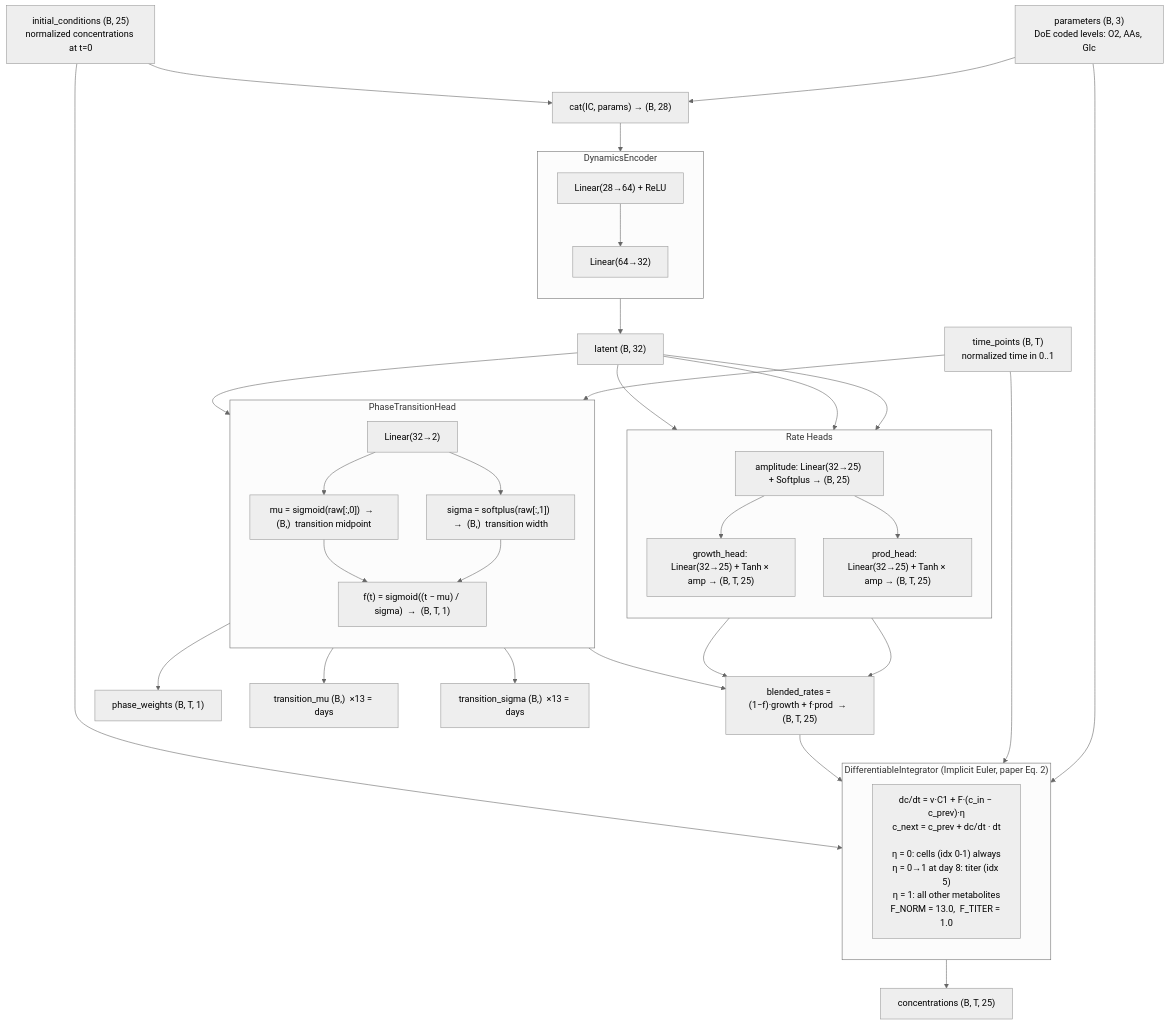
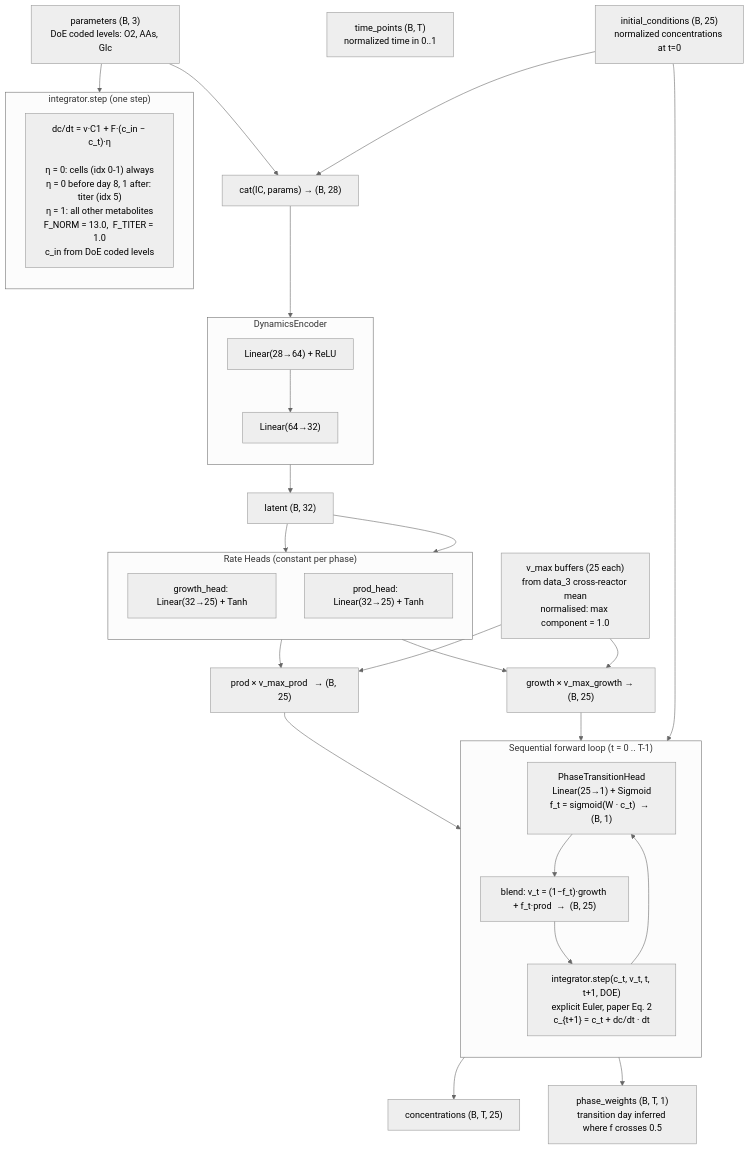
One commit to nevecallaway/COSMIC-dFBA-nn changed the diagram in README.md. Above: the diagram before and after it, drawn with Mermaid (neutral theme). The commit also changed other lines of this file and 1 other file, not shown here.

Commit message:
update model architecture

````diff
--- a/README.md
+++ b/README.md
@@ -70,51 +74,46 @@
 ```mermaid
 flowchart TD
     IC["initial_conditions (B, 25)\nnormalized concentrations at t=0"]
     TP["time_points (B, T)\nnormalized time in 0..1"]
     DOE["parameters (B, 3)\nDoE coded levels: O2, AAs, Glc"]
+    VM["v_max buffers (25 each)\nfrom data_3 cross-reactor mean\nnormalised: max component = 1.0"]
 
     IC & DOE --> CAT["cat(IC, params) → (B, 28)"]
 
     subgraph ENC["DynamicsEncoder"]
         direction TB
         E1["Linear(28→64) + ReLU"]
         E2["Linear(64→32)"]
         E1 --> E2
     end
     CAT --> E1
     E2 --> LAT["latent (B, 32)"]
 
-    subgraph RH["Rate Heads"]
+    subgraph RH["Rate Heads  (constant per phase)"]
         direction TB
-        AMP["amplitude: Linear(32→25) + Softplus → (B, 25)"]
-        GR["growth_head: Linear(32→25) + Tanh × amp → (B, T, 25)"]
-        PR["prod_head:   Linear(32→25) + Tanh × amp → (B, T, 25)"]
-        AMP --> GR & PR
+        GR["growth_head: Linear(32→25) + Tanh"]
+        PR["prod_head:   Linear(32→25) + Tanh"]
     end
-    LAT --> AMP & GR & PR
+    LAT --> GR & PR
+    GR & VM --> GRV["growth × v_max_growth → (B, 25)"]
+    PR & VM --> PRV["prod × v_max_prod   → (B, 25)"]
 
-    subgraph PT["PhaseTransitionHead"]
+    subgraph LOOP["Sequential forward loop  (t = 0 .. T-1)"]
         direction TB
-        PL["Linear(32→2)"]
-        MU["mu = sigmoid(raw[:,0])  →  (B,)  transition midpoint"]
-        SIG["sigma = softplus(raw[:,1])  →  (B,)  transition width"]
-        FT["f(t) = sigmoid((t − mu) / sigma)  →  (B, T, 1)"]
-        PL --> MU & SIG
-        MU & SIG --> FT
+        PH["PhaseTransitionHead\nLinear(25→1) + Sigmoid\nf_t = sigmoid(W · c_t)  →  (B, 1)"]
+        BL["blend: v_t = (1−f_t)·growth + f_t·prod  →  (B, 25)"]
+        ST["integrator.step(c_t, v_t, t, t+1, DOE)\nexplicit Euler, paper Eq. 2\nc_{t+1} = c_t + dc/dt · dt"]
+        PH --> BL --> ST --> PH
     end
-    LAT --> PL
-    TP --> FT
+    IC --> LOOP
+    GRV & PRV --> LOOP
 
-    GR & PR & FT --> BL["blended_rates = (1−f)·growth + f·prod  →  (B, T, 25)"]
+    subgraph ODE["integrator.step  (one step)"]
+        direction TB
+        IE["dc/dt = v·C1 + F·(c_in − c_t)·η\n\nη = 0: cells (idx 0-1) always\nη = 0 before day 8, 1 after: titer (idx 5)\nη = 1: all other metabolites\nF_NORM = 13.0,  F_TITER = 1.0\nc_in from DoE coded levels"]
+    end
+    DOE --> ODE
 
-    subgraph ODE["DifferentiableIntegrator  (Implicit Euler, paper Eq. 2)"]
-        direction TB
-        IE["dc/dt = v·C1 + F·(c_in − c_prev)·η\nc_next = c_prev + dc/dt · dt\n\nη = 0: cells (idx 0-1) always\nη = 0→1 at day 8: titer (idx 5)\nη = 1: all other metabolites\nF_NORM = 13.0,  F_TITER = 1.0"]
-    end
-    IC & BL & TP & DOE --> IE
-
-    IE --> CONC["concentrations (B, T, 25)"]
-    FT --> PW["phase_weights (B, T, 1)"]
-    MU --> TMU["transition_mu (B,)  ×13 = days"]
-    SIG --> TSIG["transition_sigma (B,)  ×13 = days"]
+    LOOP --> CONC["concentrations (B, T, 25)"]
+    LOOP --> PW["phase_weights (B, T, 1)\ntransition day inferred where f crosses 0.5"]
 ```
````
